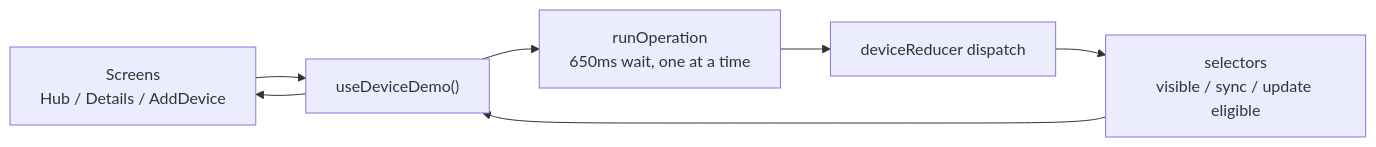
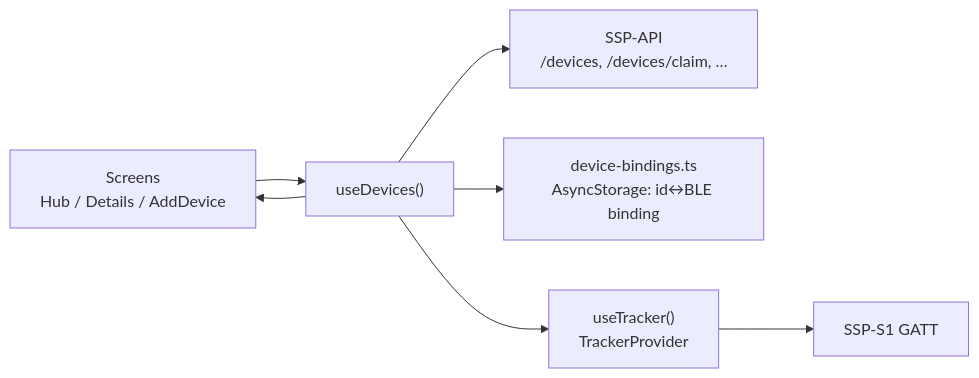
One commit to IzandlaSystem/SSP-Documentation changed the diagram in docs/projects/mobile-app/devices.md. Above: the diagram before and after it, drawn with Mermaid. The commit also changed other lines of this file and 10 other files, not shown here.

First line of the commit message:
docs(mobile): full sweep of SSP-Mobile-App docs against the live-ble worktree

````diff
--- a/docs/projects/mobile-app/devices.md
+++ b/docs/projects/mobile-app/devices.md
@@ -48,9 +52,9 @@
 ```mermaid
 flowchart LR
-  UI["Screens<br/>Hub / Details / AddDevice"] --> Ctx["useDeviceDemo()"]
-  Ctx --> Op["runOperation<br/>650ms wait, one at a time"]
-  Op --> R["deviceReducer dispatch"]
-  R --> Sel["selectors<br/>visible / sync / update eligible"]
-  Sel --> Ctx
+  UI["Screens<br/>Hub / Details / AddDevice"] --> Ctx["useDevices()"]
+  Ctx --> API["SSP-API<br/>/devices, /devices/claim, …"]
+  Ctx --> Bind["device-bindings.ts<br/>AsyncStorage: id↔BLE binding"]
+  Ctx --> Trk["useTracker()<br/>TrackerProvider"]
+  Trk --> BLE["SSP-S1 GATT"]
   Ctx --> UI
 ```
````
